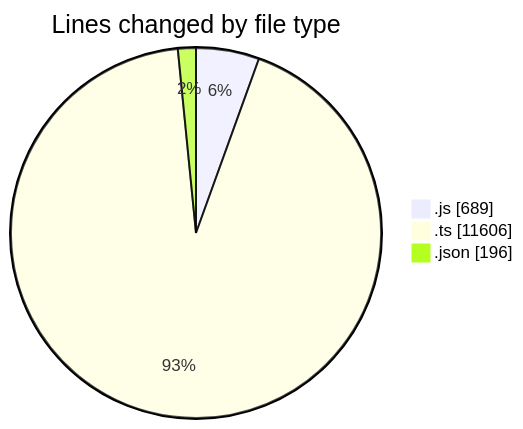
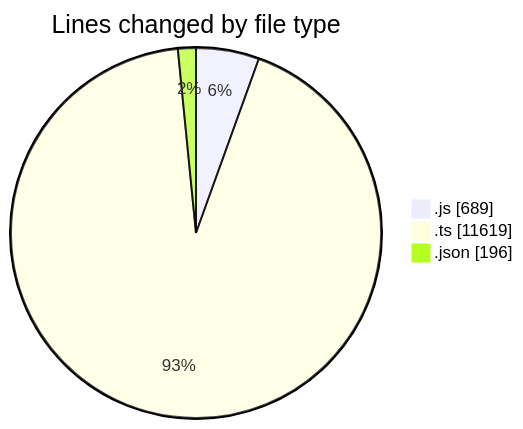
One commit to momahboobian/code-tracking changed the first of 2 diagrams in 2025-05-29/cda/README.md. Above: the diagram before and after it, drawn with Mermaid. The commit also changed other lines of this file and 1 other file, not shown here.

````diff
--- a/2025-05-29/cda/README.md
+++ b/2025-05-29/cda/README.md
@@ -30,7 +30,7 @@
 ```mermaid
 pie showData
 title Lines changed by file type
 ".js" : 689
-".ts" : 11606
+".ts" : 11619
 ".json" : 196
 ```
````
